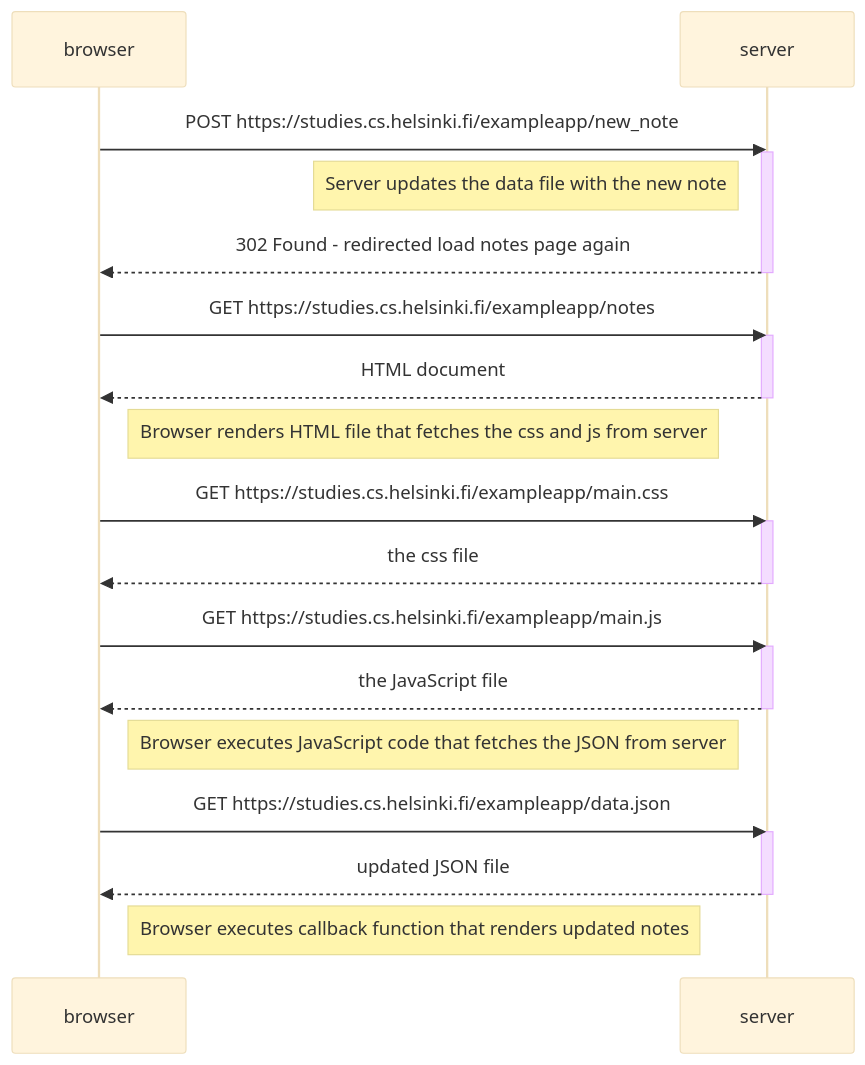
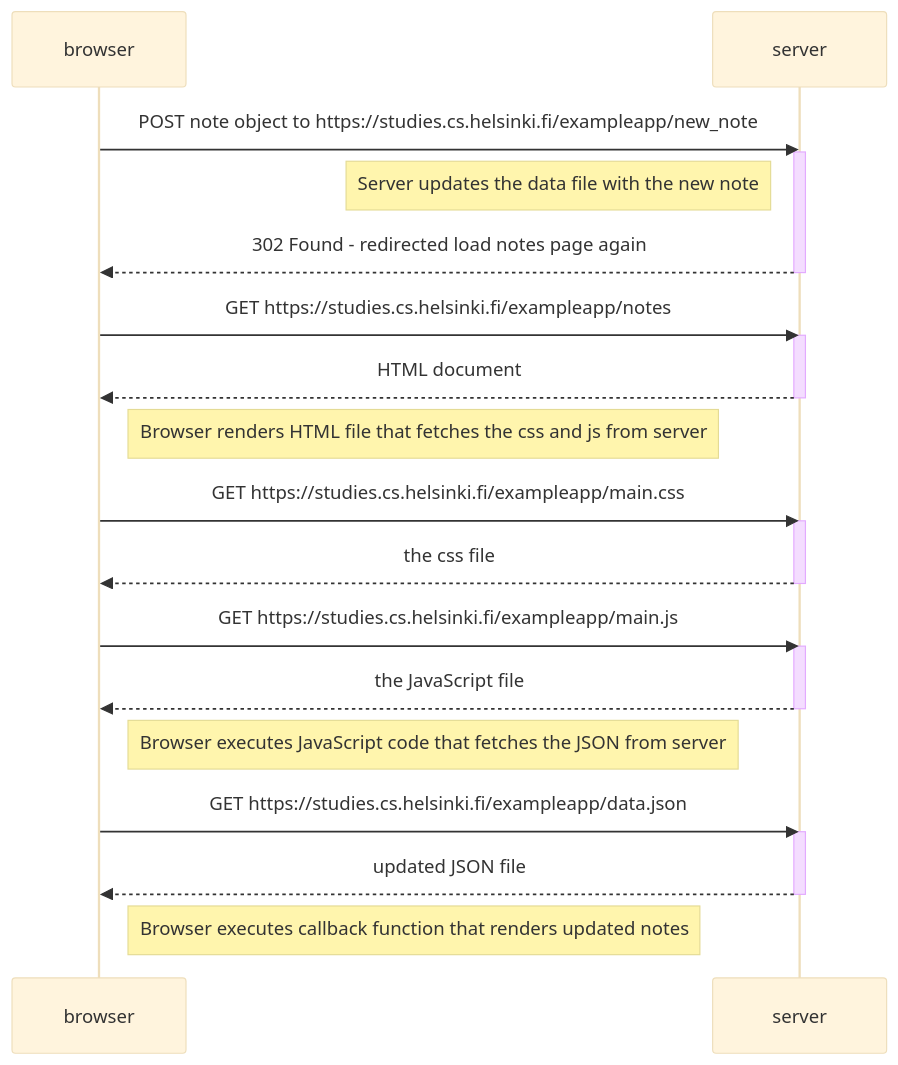
The diagram in 0.4-new-note-diagram/README.md (mirdevilar/hy-fs-p0), drawn with Mermaid (base theme) before and after one commit.

Commit message:
correct post

````diff
--- a/0.4-new-note-diagram/README.md
+++ b/0.4-new-note-diagram/README.md
@@ -5,37 +5,37 @@
 ```mermaid  
 sequenceDiagram
     participant browser
     participant server
 
-    browser->>server: POST https://studies.cs.helsinki.fi/exampleapp/new_note
+    browser->>server: POST note object to https://studies.cs.helsinki.fi/exampleapp/new_note
     activate server
     Note left of server: Server updates the data file with the new note
     server-->>browser: 302 Found - redirected load notes page again
     deactivate server
 
     browser->>server: GET https://studies.cs.helsinki.fi/exampleapp/notes
     activate server
     server-->>browser: HTML document
     deactivate server
 
     Note right of browser: Browser renders HTML file that fetches the css and js from server
 
     browser->>server: GET https://studies.cs.helsinki.fi/exampleapp/main.css
     activate server
     server-->>browser: the css file
     deactivate server
 
     browser->>server: GET https://studies.cs.helsinki.fi/exampleapp/main.js
     activate server
     server-->>browser: the JavaScript file
     deactivate server
 
     Note right of browser: Browser executes JavaScript code that fetches the JSON from server
 
     browser->>server: GET https://studies.cs.helsinki.fi/exampleapp/data.json
     activate server
     server-->>browser: updated JSON file
     deactivate server
 
     Note right of browser: Browser executes callback function that renders updated notes
 ```
````
